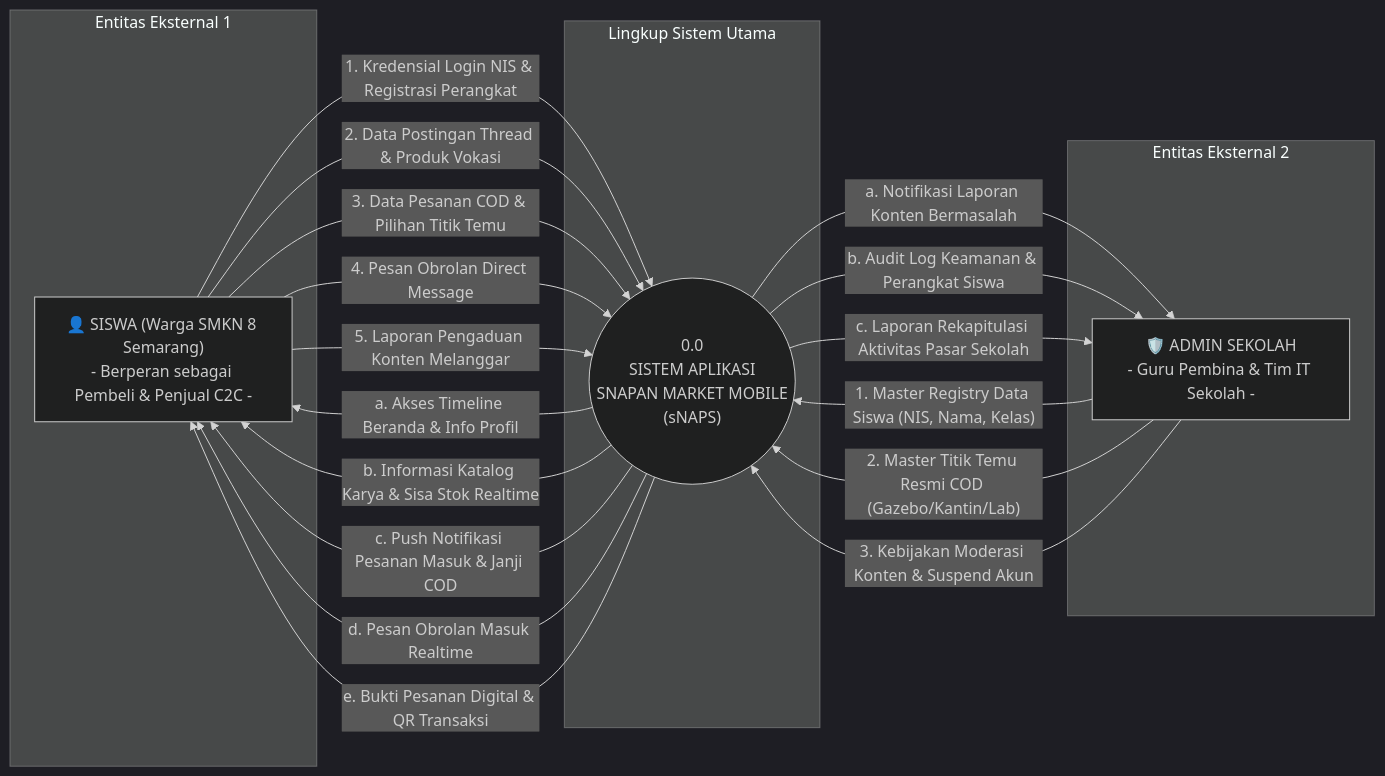
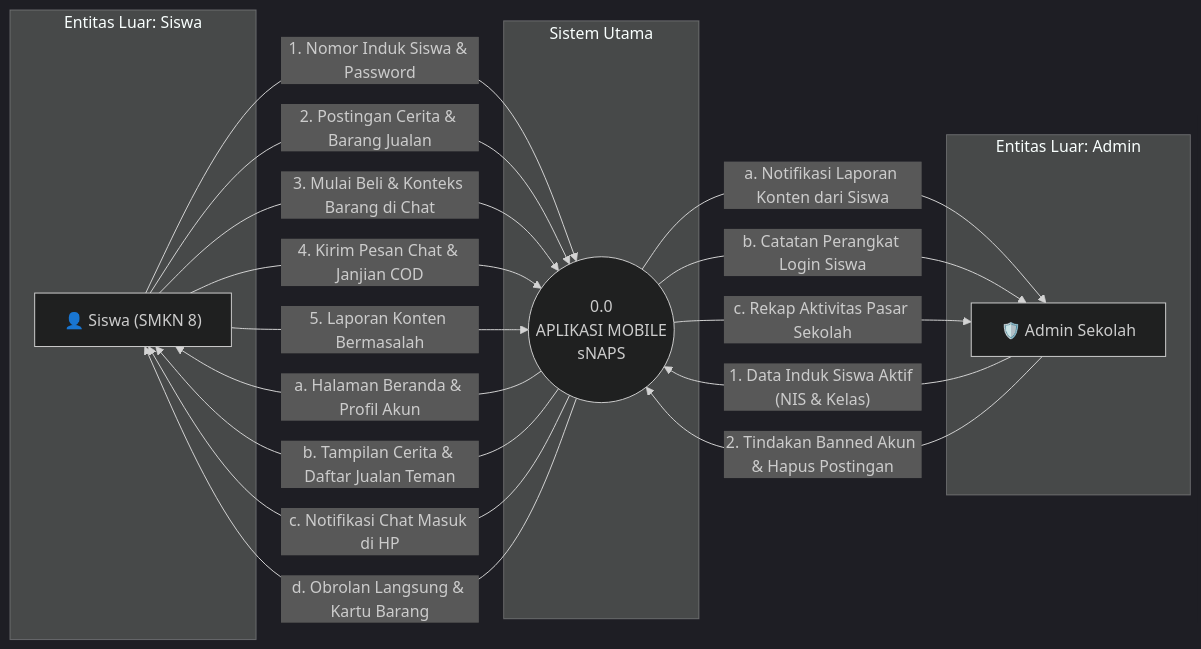
The diagram in docs/bab3/04_diagram_konteks.md (HelloRayy/snaps), drawn with Mermaid (dark theme) before and after one commit. The commit also changed other lines of this file and 2 other files, not shown here.

Commit message:
docs(dfd): refine DFD level 0 and level 1 flow labels to natural Indonesian language

````diff
--- a/docs/bab3/04_diagram_konteks.md
+++ b/docs/bab3/04_diagram_konteks.md
@@ -16,38 +16,36 @@
 ```mermaid
 flowchart LR
-    subgraph ExternalEntity1["Entitas Eksternal 1"]
-        Siswa["👤 SISWA (Warga SMKN 8 Semarang)<br/>- Berperan sebagai Pembeli & Penjual C2C -"]
+    subgraph SiswaEntity["Entitas Luar: Siswa"]
+        Siswa["👤 Siswa (SMKN 8)"]
     end
 
-    subgraph CoreSystem["Lingkup Sistem Utama"]
-        App(("0.0<br/>SISTEM APLIKASI<br/>SNAPAN MARKET MOBILE<br/>(sNAPS)"))
+    subgraph CoreSystem["Sistem Utama"]
+        App(("0.0<br/>APLIKASI MOBILE<br/>sNAPS"))
     end
 
-    subgraph ExternalEntity2["Entitas Eksternal 2"]
-        Admin["🛡️ ADMIN SEKOLAH<br/>- Guru Pembina & Tim IT Sekolah -"]
+    subgraph AdminEntity["Entitas Luar: Admin"]
+        Admin["🛡️ Admin Sekolah"]
     end
 
-    %% ALIRAN DATA SISWA -> SISTEM
-    Siswa -->|1. Kredensial Login NIS & Registrasi Perangkat| App
-    Siswa -->|2. Data Postingan Thread & Produk Vokasi| App
-    Siswa -->|3. Data Pesanan COD & Pilihan Titik Temu| App
-    Siswa -->|4. Pesan Obrolan Direct Message| App
-    Siswa -->|5. Laporan Pengaduan Konten Melanggar| App
+    %% Siswa -> Sistem
+    Siswa -->|1. Nomor Induk Siswa & Password| App
+    Siswa -->|2. Postingan Cerita & Barang Jualan| App
+    Siswa -->|3. Mulai Beli & Konteks Barang di Chat| App
+    Siswa -->|4. Kirim Pesan Chat & Janjian COD| App
+    Siswa -->|5. Laporan Konten Bermasalah| App
 
-    %% ALIRAN DATA SISTEM -> SISWA
-    App -->|a. Akses Timeline Beranda & Info Profil| Siswa
-    App -->|b. Informasi Katalog Karya & Sisa Stok Realtime| Siswa
-    App -->|c. Push Notifikasi Pesanan Masuk & Janji COD| Siswa
-    App -->|d. Pesan Obrolan Masuk Realtime| Siswa
-    App -->|e. Bukti Pesanan Digital & QR Transaksi| Siswa
+    %% Sistem -> Siswa
+    App -->|a. Halaman Beranda & Profil Akun| Siswa
+    App -->|b. Tampilan Cerita & Daftar Jualan Teman| Siswa
+    App -->|c. Notifikasi Chat Masuk di HP| Siswa
+    App -->|d. Obrolan Langsung & Kartu Barang| Siswa
 
-    %% ALIRAN DATA ADMIN -> SISTEM
-    Admin -->|"1. Master Registry Data Siswa (NIS, Nama, Kelas)"| App
-    Admin -->|"2. Master Titik Temu Resmi COD (Gazebo/Kantin/Lab)"| App
-    Admin -->|3. Kebijakan Moderasi Konten & Suspend Akun| App
+    %% Admin -> Sistem
+    Admin -->|"1. Data Induk Siswa Aktif (NIS & Kelas)"| App
+    Admin -->|"2. Tindakan Banned Akun & Hapus Postingan"| App
 
-    %% ALIRAN DATA SISTEM -> ADMIN
-    App -->|a. Notifikasi Laporan Konten Bermasalah| Admin
-    App -->|b. Audit Log Keamanan & Perangkat Siswa| Admin
-    App -->|c. Laporan Rekapitulasi Aktivitas Pasar Sekolah| Admin
+    %% Sistem -> Admin
+    App -->|a. Notifikasi Laporan Konten dari Siswa| Admin
+    App -->|b. Catatan Perangkat Login Siswa| Admin
+    App -->|c. Rekap Aktivitas Pasar Sekolah| Admin
 ```
````
